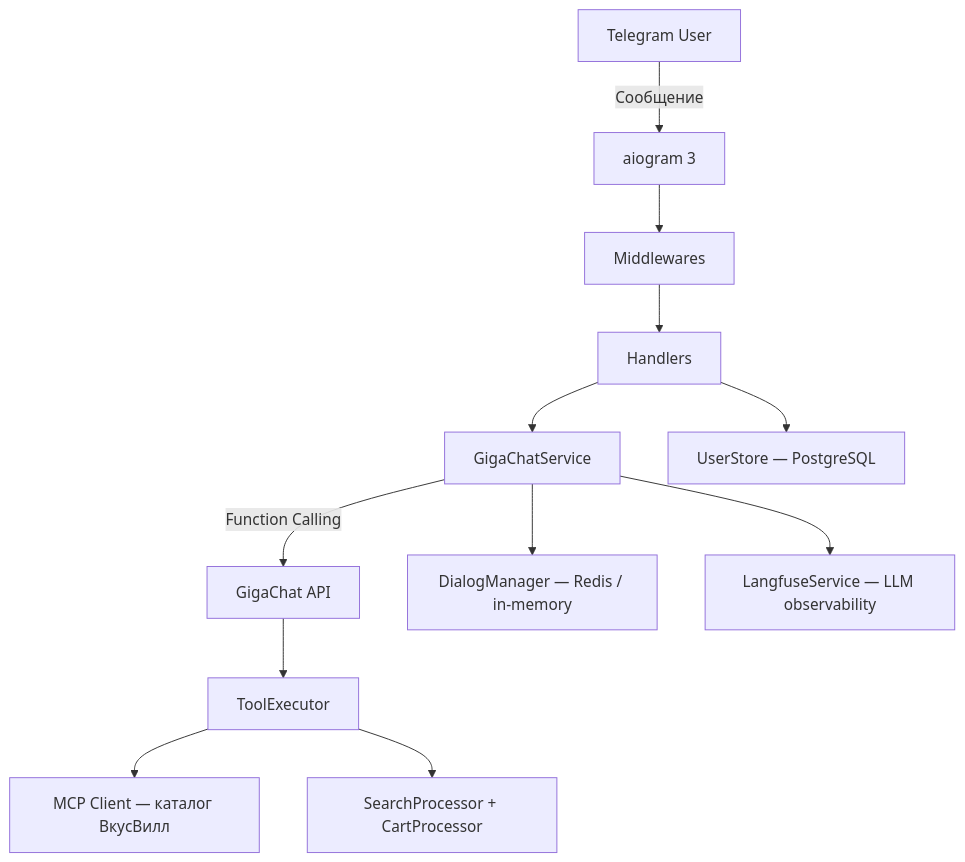
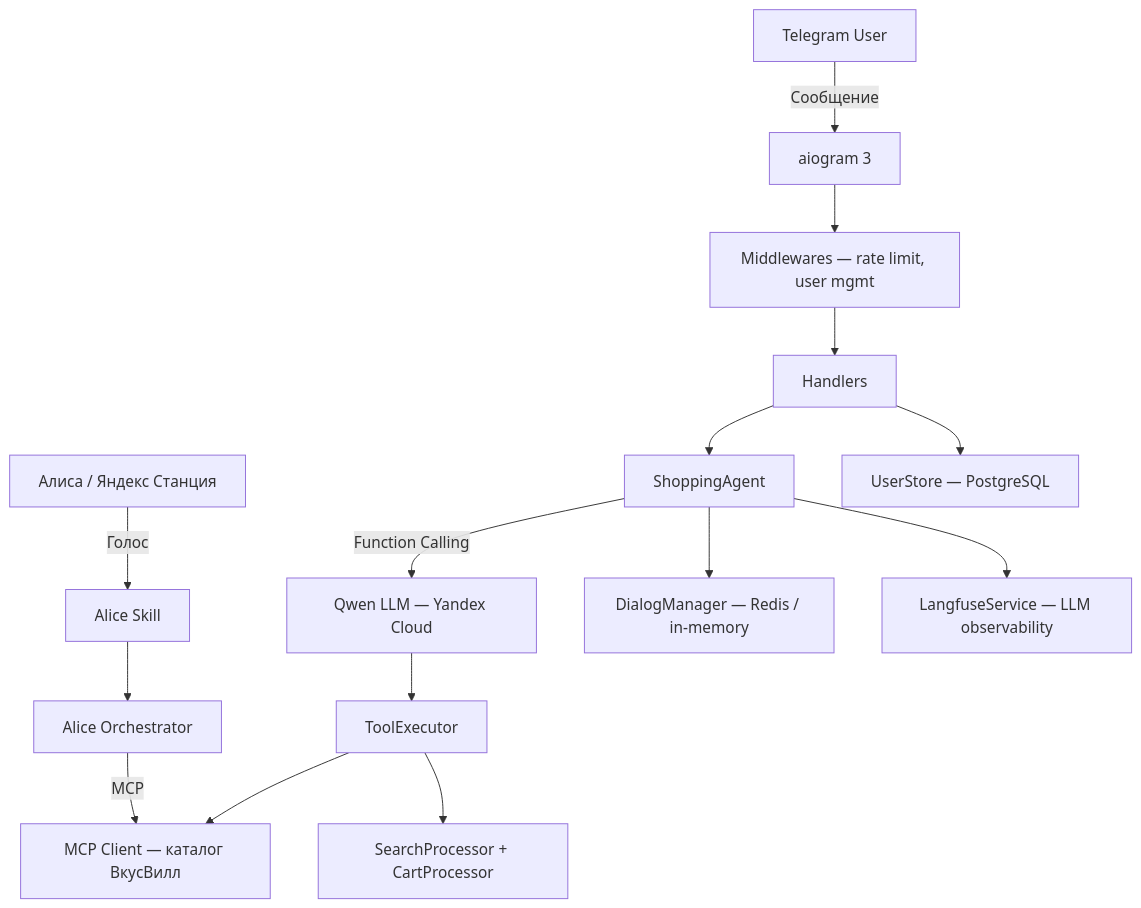
The diagram in README.md (mrPDA/vkuswill_bot), drawn with Mermaid before and after one commit. The commit also changed other lines of this file and 2 other files, not shown here.

````diff
--- a/README.md
+++ b/README.md
@@ -43,14 +43,17 @@
 ```mermaid
 graph TD
     A[Telegram User] -->|Сообщение| B[aiogram 3]
-    B --> C[Middlewares]
+    A2[Алиса / Яндекс Станция] -->|Голос| B2[Alice Skill]
+    B --> C[Middlewares — rate limit, user mgmt]
     C --> D[Handlers]
-    D --> E[GigaChatService]
-    E -->|Function Calling| F[GigaChat API]
+    D --> E[ShoppingAgent]
+    B2 --> E2[Alice Orchestrator]
+    E -->|Function Calling| F[Qwen LLM — Yandex Cloud]
+    E2 -->|MCP| H
     F --> G[ToolExecutor]
     G --> H[MCP Client — каталог ВкусВилл]
     G --> I[SearchProcessor + CartProcessor]
     E --> J[DialogManager — Redis / in-memory]
     E --> K[LangfuseService — LLM observability]
     D --> L[UserStore — PostgreSQL]
 ```
````
